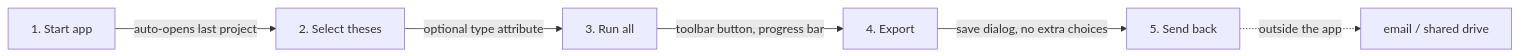
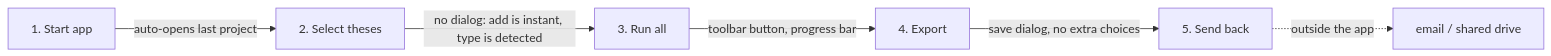
Before and after one commit to olistroemer/Thesis_Text_Analyzer: the second of 8 diagrams in docs/SDD.md, drawn with Mermaid. The commit also changed other lines of this file and 3 other files, not shown here.

````diff
--- a/docs/SDD.md
+++ b/docs/SDD.md
@@ -126,8 +126,8 @@
 ```mermaid
 flowchart LR
     S1[1. Start app] -->|"auto-opens last project"| S2[2. Select theses]
-    S2 -->|"optional type attribute"| S3[3. Run all]
+    S2 -->|"no dialog: add is instant, type is detected"| S3[3. Run all]
     S3 -->|"toolbar button, progress bar"| S4[4. Export]
     S4 -->|"save dialog, no extra choices"| S5[5. Send back]
     S5 -.->|"outside the app"| END[email / shared drive]
 ```
````
